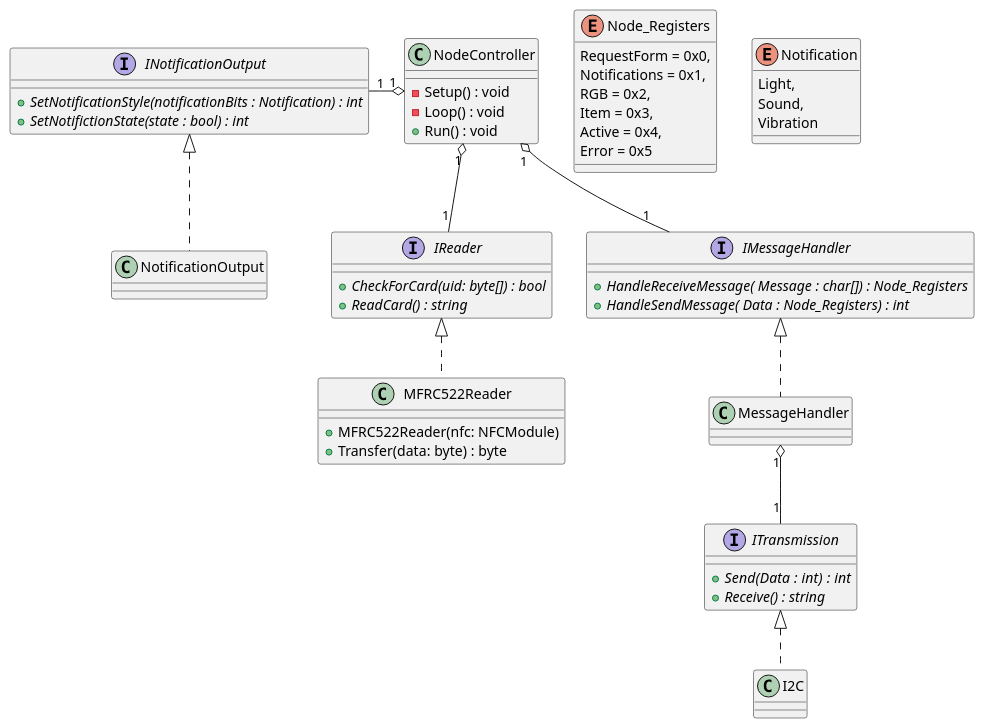
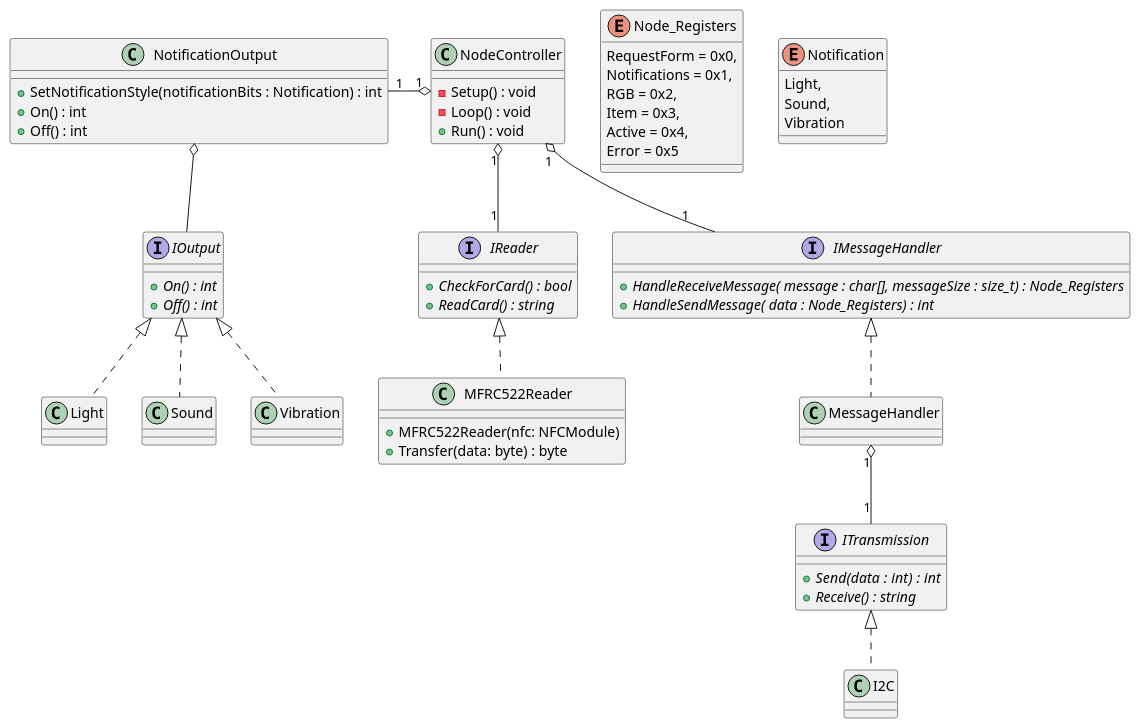
One commit to T3-FindIt/FindIt changed the first of 4 diagrams in Designs/Arduino nano/Design.wsd. Above: the diagram before and after it, drawn with PlantUML. The commit also changed other lines of this file and 4 other files, not shown here.

```diff
--- a/Designs/Arduino nano/Design.wsd
+++ b/Designs/Arduino nano/Design.wsd
@@ -1,75 +1,83 @@
 @startuml
 
 Class NodeController
 {
     {method} - Setup() : void 
     {method} - Loop() : void
     {method} + Run() : void
 }
 
 Interface ITransmission
 {
-    {abstract} + Send(Data : int)  : int
+    {abstract} + Send(data : int)  : int
     {abstract} + Receive() : string
-}
-
-Interface INotificationOutput
-{
-    {abstract} + SetNotificationStyle(notificationBits : Notification) : int
-    {abstract} + SetNotifictionState(state : bool) : int
 }
 
 class NotificationOutput
 {
+    {method} + SetNotificationStyle(notificationBits : Notification) : int
+    {method} + On() : int
+    {method} + Off() : int
+}
+
+interface IOutput
+{
+    {abstract} + On() : int
+    {abstract} + Off() : int
 }
 
 interface IReader {
-    {abstract} + CheckForCard(uid: byte[]) : bool
+    {abstract} + CheckForCard() : bool
     {abstract} + ReadCard() : string
 }
 
 class MFRC522Reader {
     {method} + MFRC522Reader(nfc: NFCModule)
     {method} + Transfer(data: byte) : byte
 }
 
 interface IMessageHandler {
-    {abstract} + HandleReceiveMessage( Message : char[]) : Node_Registers
-    {abstract} + HandleSendMessage( Data : Node_Registers) : int
+    {abstract} + HandleReceiveMessage( message : char[], messageSize : size_t) : Node_Registers
+    {abstract} + HandleSendMessage( data : Node_Registers) : int
 }
 
 class MessageHandler {
 }
 
 enum Node_Registers
 {
     RequestForm = 0x0,
     Notifications = 0x1,
     RGB = 0x2,
     Item = 0x3,
     Active = 0x4,
     Error = 0x5
 }
 
 enum Notification
 {
     Light,
     Sound,
     Vibration
 }
 
-NodeController "1" o-left- "1" INotificationOutput
+
+NodeController "1" o-left- "1" NotificationOutput
 NodeController "1" o-- "1" IReader
 NodeController "1" o-- "1" IMessageHandler
 
 IMessageHandler <|.. MessageHandler
 
 MessageHandler "1" o-- "1" ITransmission
 
-INotificationOutput <|.. NotificationOutput
+NotificationOutput o-- IOutput
 
 ITransmission <|.. I2C
 
 IReader <|.. MFRC522Reader
 
+IOutput <|.. Light
+IOutput <|.. Sound
+IOutput <|.. Vibration
+
 @enduml
```
